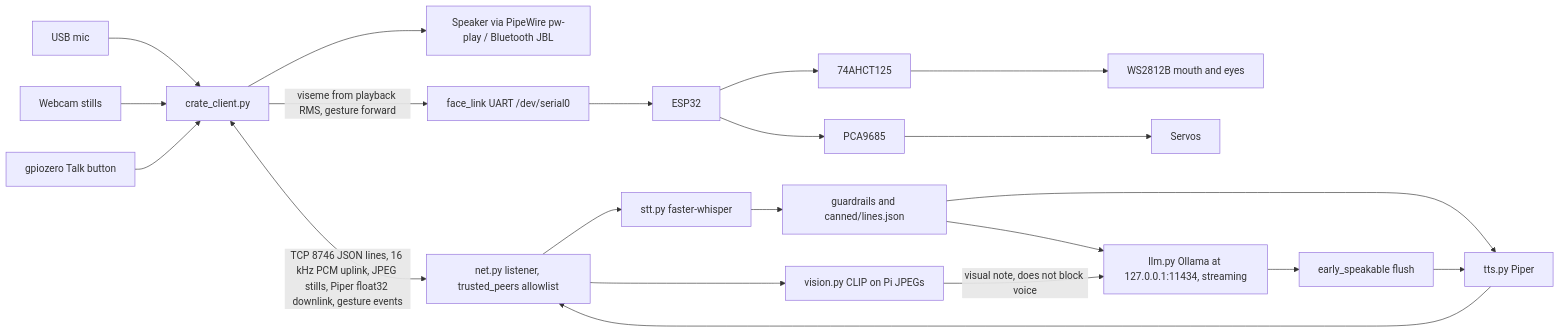
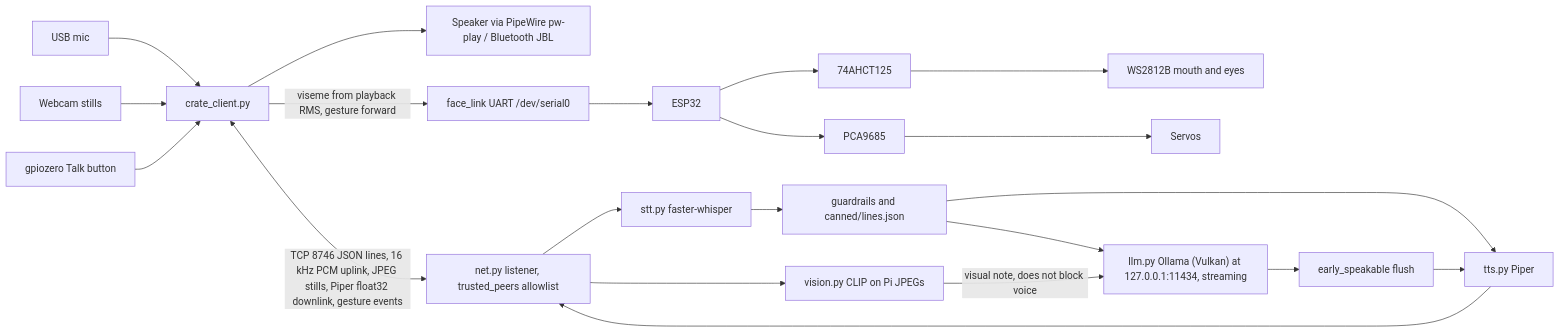
One commit to PixnBits/gourdsworth changed the diagram in README.md. Above: the diagram before and after it, drawn with Mermaid. The commit also changed other lines of this file, not shown here.

Commit message:
docs: note Vulkan backend and live-night settings in README

````diff
--- a/README.md
+++ b/README.md
@@ -26,23 +28,23 @@
 ```mermaid
 flowchart LR
   mic["USB mic"] --> pi["crate_client.py"]
   cam["Webcam stills"] --> pi
   btn["gpiozero Talk button"] --> pi
   pi --> spk["Speaker via PipeWire pw-play / Bluetooth JBL"]
   pi -->|"viseme from playback RMS, gesture forward"| uart["face_link UART /dev/serial0"]
   uart --> esp["ESP32"]
   esp --> lvl["74AHCT125"]
   lvl --> leds["WS2812B mouth and eyes"]
   esp --> pca["PCA9685"]
   pca --> servos["Servos"]
   pi <-->|"TCP 8746 JSON lines, 16 kHz PCM uplink, JPEG stills, Piper float32 downlink, gesture events"| net["net.py listener, trusted_peers allowlist"]
   net --> stt["stt.py faster-whisper"]
   stt --> guard["guardrails and canned/lines.json"]
-  guard --> llm["llm.py Ollama at 127.0.0.1:11434, streaming"]
+  guard --> llm["llm.py Ollama (Vulkan) at 127.0.0.1:11434, streaming"]
   guard --> tts["tts.py Piper"]
   llm --> early["early_speakable flush"]
   early --> tts
   tts --> net
   net --> clip["vision.py CLIP on Pi JPEGs"]
   clip -->|"visual note, does not block voice"| llm
 ```
````
